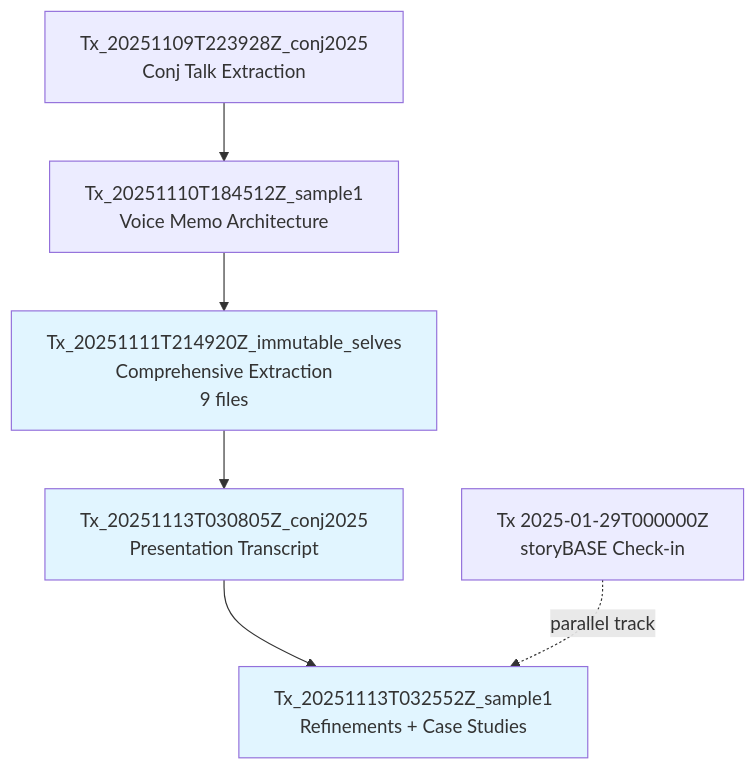
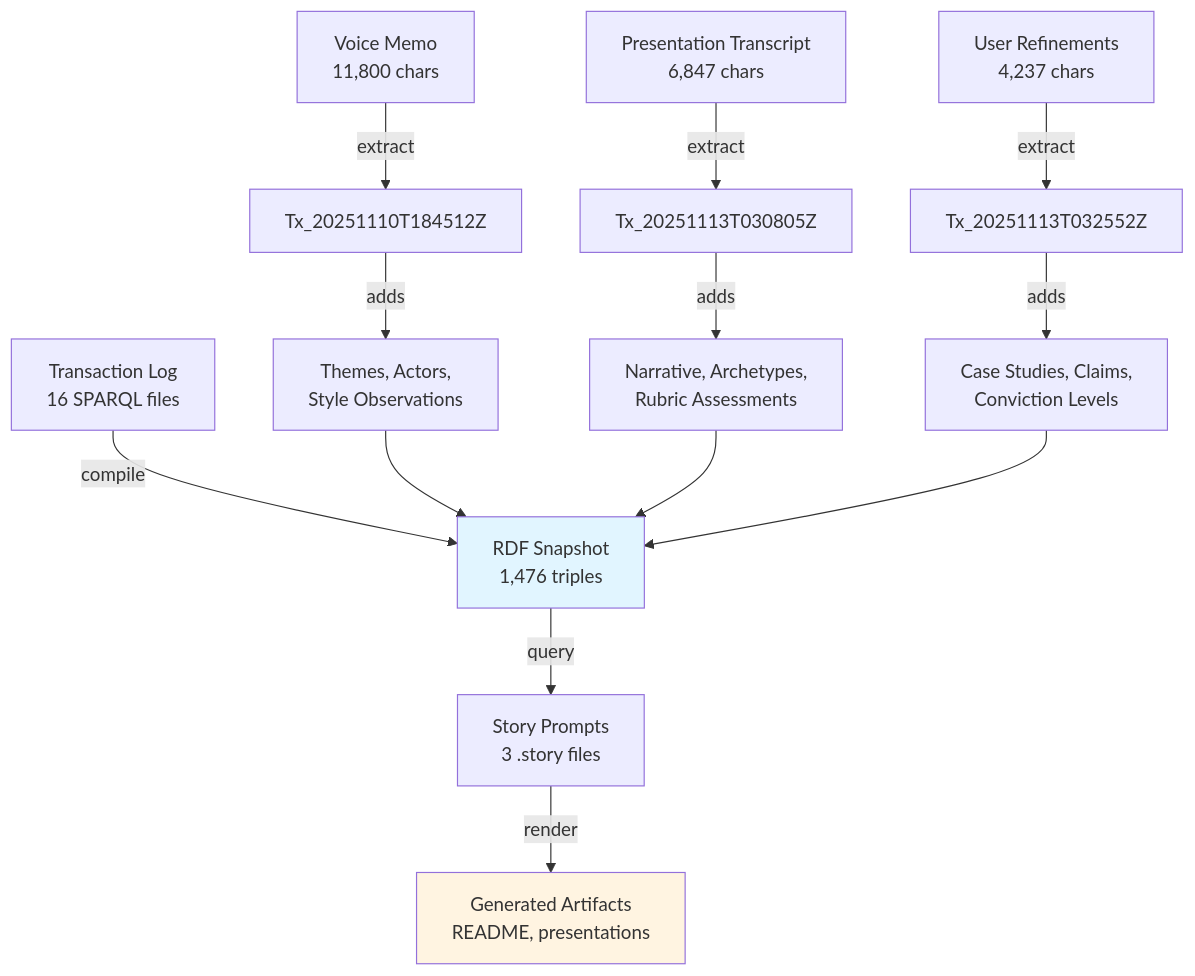
The diagram in README.md (Synthetic-Identity-Co/conj-talk-2025), drawn with Mermaid before and after one commit. The commit also changed other lines of this file, not shown here.

Commit message:
story:  8ef8f7dfaf576fc4a865a7d7031741bb4becb312

````diff
--- a/README.md
+++ b/README.md
@@ -215,13 +203,22 @@
 ```mermaid
 graph TD
-    A[Tx_20251109T223928Z_conj2025<br/>Conj Talk Extraction] --> B[Tx_20251110T184512Z_sample1<br/>Voice Memo Architecture]
-    B --> C[Tx_20251111T214920Z_immutable_selves<br/>Comprehensive Extraction<br/>9 files]
-    C --> D[Tx_20251113T030805Z_conj2025<br/>Presentation Transcript]
-    D --> E[Tx_20251113T032552Z_sample1<br/>Refinements + Case Studies]
+    A[Transaction Log<br/>16 SPARQL files] -->|compile| B[RDF Snapshot<br/>1,476 triples]
+    B -->|query| C[Story Prompts<br/>3 .story files]
+    C -->|render| D[Generated Artifacts<br/>README, presentations]
     
-    F[Tx 2025-01-29T000000Z<br/>storyBASE Check-in] -.parallel track.-> E
+    E[Voice Memo<br/>11,800 chars] -->|extract| F[Tx_20251110T184512Z]
+    F -->|adds| G[Themes, Actors,<br/>Style Observations]
     
-    style C fill:#e1f5ff
-    style D fill:#e1f5ff
-    style E fill:#e1f5ff
+    H[Presentation Transcript<br/>6,847 chars] -->|extract| I[Tx_20251113T030805Z]
+    I -->|adds| J[Narrative, Archetypes,<br/>Rubric Assessments]
+    
+    K[User Refinements<br/>4,237 chars] -->|extract| L[Tx_20251113T032552Z]
+    L -->|adds| M[Case Studies, Claims,<br/>Conviction Levels]
+    
+    G --> B
+    J --> B
+    M --> B
+    
+    style B fill:#e1f5ff
+    style D fill:#fff4e1
 ```
````
